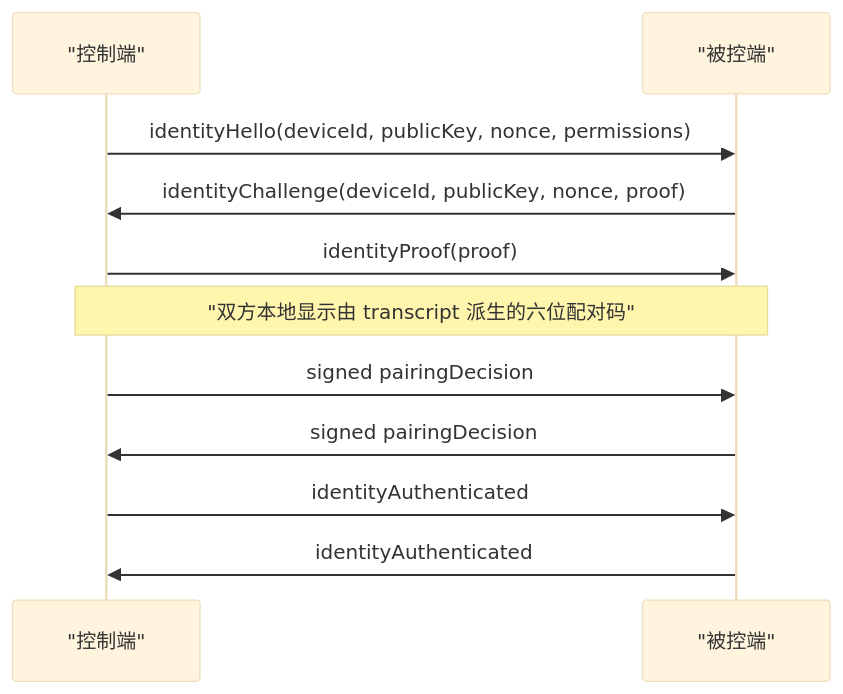
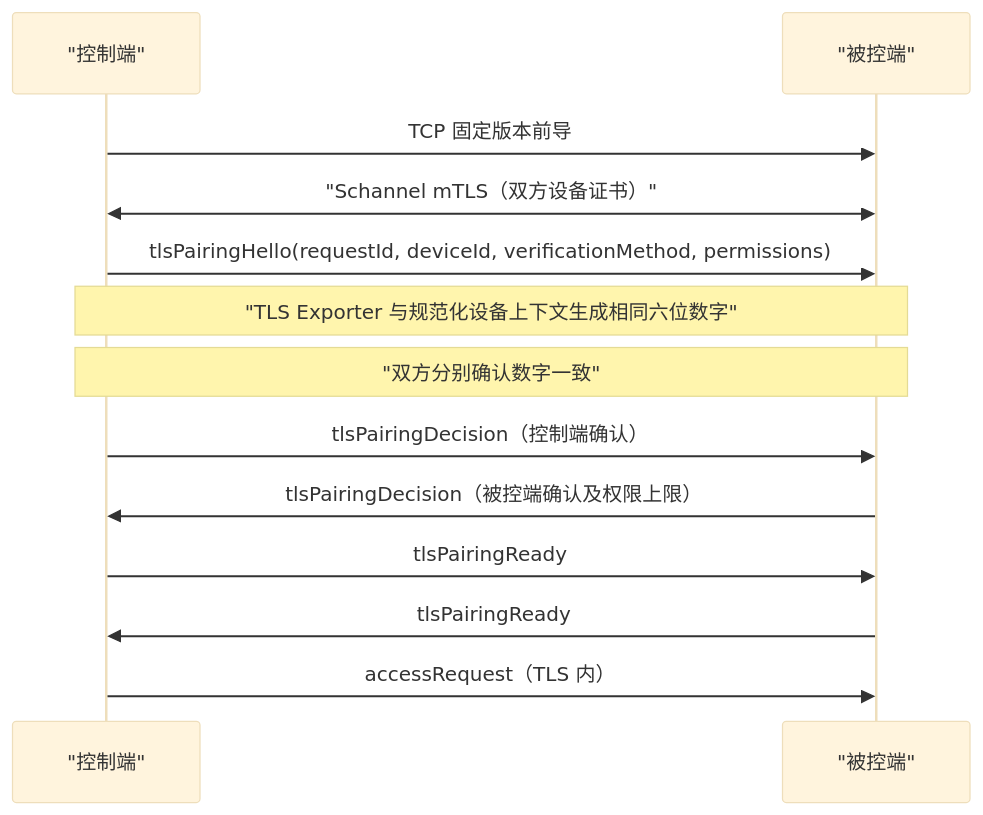
One commit to lyn-un/winRemoteControl changed the diagram in docs/security/device-identity.md. Above: the diagram before and after it, drawn with Mermaid (base theme). The commit also changed other lines of this file and 50 other files, not shown here.

Commit message:
feat: pair devices with Schannel TLS codes

````diff
--- a/docs/security/device-identity.md
+++ b/docs/security/device-identity.md
@@ -7,13 +13,15 @@
 ```mermaid
 sequenceDiagram
     participant C as "控制端"
     participant H as "被控端"
-    C->>H: identityHello(deviceId, publicKey, nonce, permissions)
-    H->>C: identityChallenge(deviceId, publicKey, nonce, proof)
-    C->>H: identityProof(proof)
-    Note over C,H: "双方本地显示由 transcript 派生的六位配对码"
-    C->>H: signed pairingDecision
-    H->>C: signed pairingDecision
-    C->>H: identityAuthenticated
-    H->>C: identityAuthenticated
+    C->>H: TCP 固定版本前导
+    C<<->>H: "Schannel mTLS（双方设备证书）"
+    C->>H: tlsPairingHello(requestId, deviceId, verificationMethod, permissions)
+    Note over C,H: "TLS Exporter 与规范化设备上下文生成相同六位数字"
+    Note over C,H: "双方分别确认数字一致"
+    C->>H: tlsPairingDecision（控制端确认）
+    H->>C: tlsPairingDecision（被控端确认及权限上限）
+    C->>H: tlsPairingReady
+    H->>C: tlsPairingReady
+    C->>H: accessRequest（TLS 内）
 ```
````
